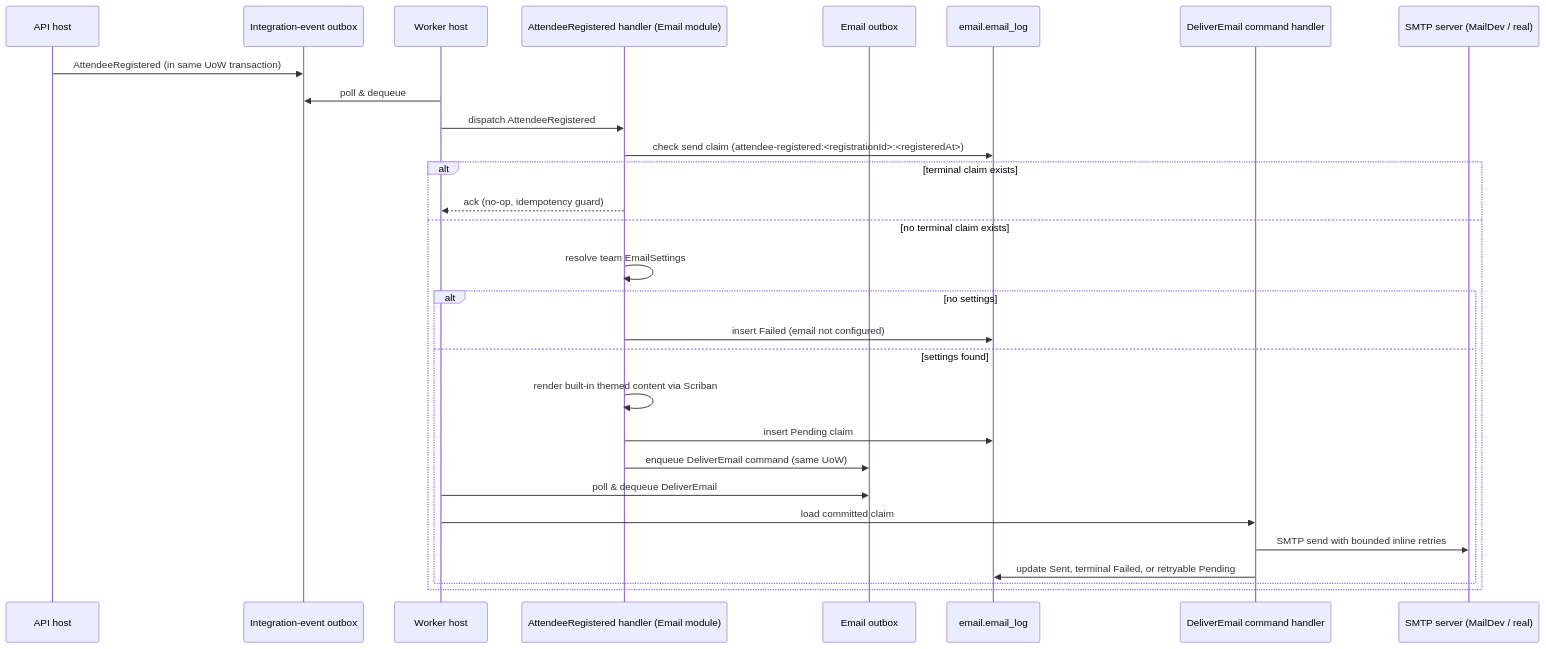
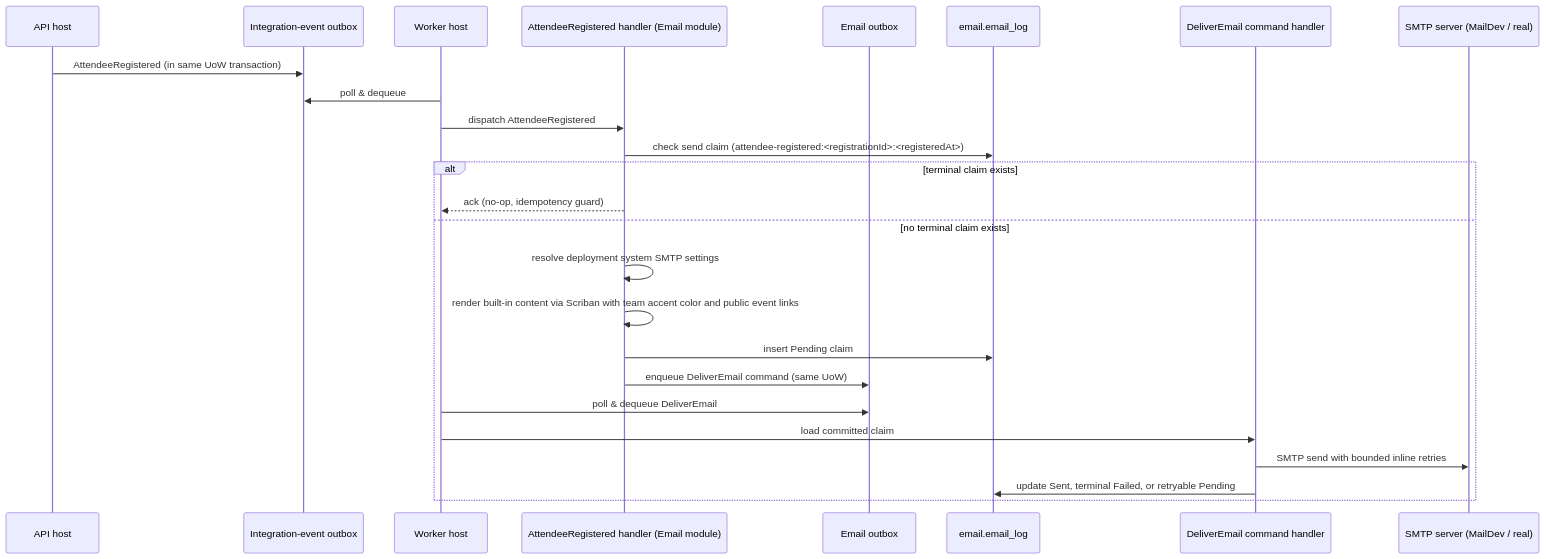
One commit to amolenk/Admitto changed the seventh of 11 diagrams in docs/arc42/06-runtime-view.md. Above: the diagram before and after it, drawn with Mermaid. The commit also changed other lines of this file and 173 other files, not shown here.

First line of the commit message:
Add team branding features including accent color and public slug

````diff
--- a/docs/arc42/06-runtime-view.md
+++ b/docs/arc42/06-runtime-view.md
@@ -196,32 +196,28 @@
 ```mermaid
 sequenceDiagram
     participant Api as API host
     participant Outbox as Integration-event outbox
     participant Worker as Worker host
     participant EmailHandler as AttendeeRegistered handler (Email module)
     participant EmailOutbox as Email outbox
     participant EmailLog as email.email_log
     participant Delivery as DeliverEmail command handler
     participant SMTP as SMTP server (MailDev / real)
 
     Api->>Outbox: AttendeeRegistered (in same UoW transaction)
     Worker->>Outbox: poll & dequeue
     Worker->>EmailHandler: dispatch AttendeeRegistered
     EmailHandler->>EmailLog: check send claim (attendee-registered:<registrationId>:<registeredAt>)
     alt terminal claim exists
         EmailHandler-->>Worker: ack (no-op, idempotency guard)
     else no terminal claim exists
-        EmailHandler->>EmailHandler: resolve team EmailSettings
-        alt no settings
-            EmailHandler->>EmailLog: insert Failed (email not configured)
-        else settings found
-            EmailHandler->>EmailHandler: render built-in themed content via Scriban
-            EmailHandler->>EmailLog: insert Pending claim
-            EmailHandler->>EmailOutbox: enqueue DeliverEmail command (same UoW)
-            Worker->>EmailOutbox: poll & dequeue DeliverEmail
-            Worker->>Delivery: load committed claim
-            Delivery->>SMTP: SMTP send with bounded inline retries
-            Delivery->>EmailLog: update Sent, terminal Failed, or retryable Pending
-        end
+        EmailHandler->>EmailHandler: resolve deployment system SMTP settings
+        EmailHandler->>EmailHandler: render built-in content via Scriban with team accent color and public event links
+        EmailHandler->>EmailLog: insert Pending claim
+        EmailHandler->>EmailOutbox: enqueue DeliverEmail command (same UoW)
+        Worker->>EmailOutbox: poll & dequeue DeliverEmail
+        Worker->>Delivery: load committed claim
+        Delivery->>SMTP: SMTP send with bounded inline retries
+        Delivery->>EmailLog: update Sent, terminal Failed, or retryable Pending
     end
 ```
````
